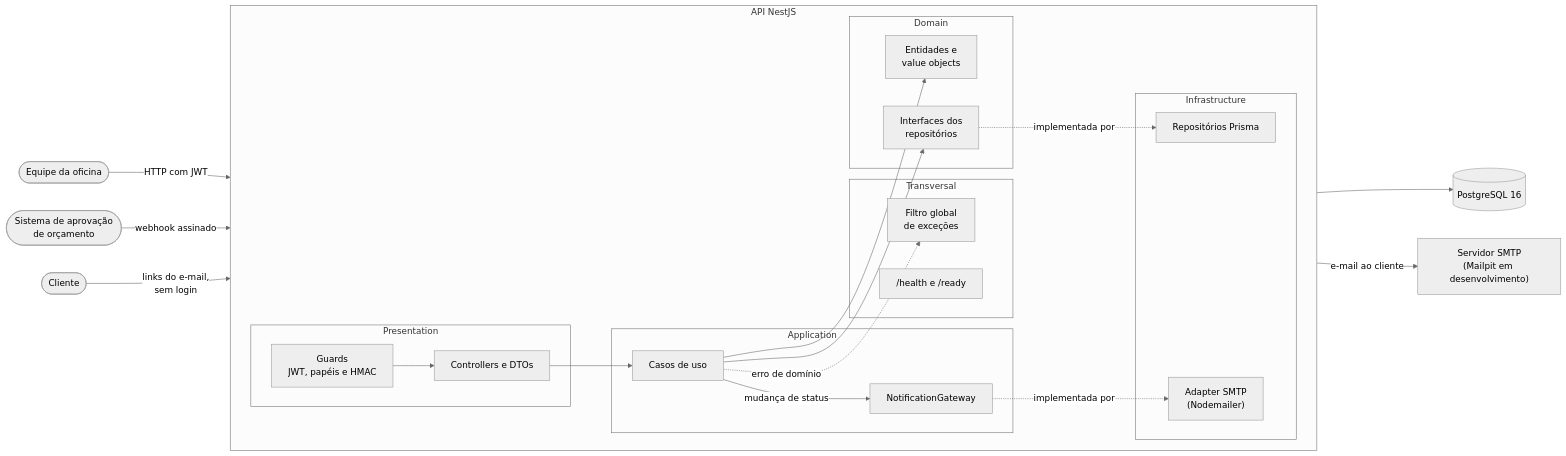
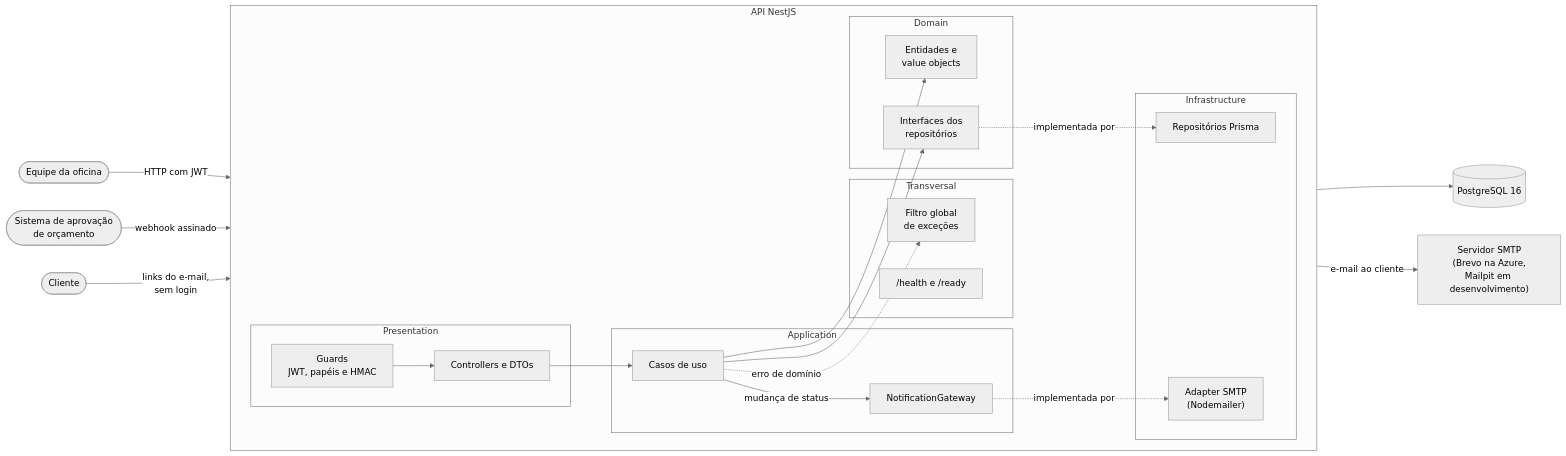
Before and after one commit to garage-flow-api/garage-flow-api: the first of 3 diagrams in README.md, drawn with Mermaid. The commit also changed other lines of this file, not shown here.

Commit message:
docs: ajusta HPA, Load Balancer, Key Vault e SMTP no desenho da infra

````diff
--- a/README.md
+++ b/README.md
@@ -67,48 +67,48 @@
 ```mermaid
 %%{init: {'theme': 'neutral'}}%%
 flowchart LR
     staff(["Equipe da oficina"])
     customer(["Cliente"])
     external(["Sistema de aprovação<br/>de orçamento"])
 
     subgraph api["API NestJS"]
         direction LR
         subgraph common["Transversal"]
             filter["Filtro global<br/>de exceções"]
             monitoring["/health e /ready"]
         end
         subgraph presentation["Presentation"]
             guards["Guards<br/>JWT, papéis e HMAC"]
             ctrl["Controllers e DTOs"]
         end
         subgraph application["Application"]
             uc["Casos de uso"]
             gateway["NotificationGateway"]
         end
         subgraph domain["Domain"]
             model["Entidades e<br/>value objects"]
             ports["Interfaces dos<br/>repositórios"]
         end
         subgraph infrastructure["Infrastructure"]
             repos["Repositórios Prisma"]
             smtp["Adapter SMTP<br/>(Nodemailer)"]
         end
     end
 
     db[("PostgreSQL 16")]
-    mail["Servidor SMTP<br/>(Mailpit em desenvolvimento)"]
+    mail["Servidor SMTP<br/>(Brevo na Azure,<br/>Mailpit em desenvolvimento)"]
 
     staff -- "HTTP com JWT" --> guards
     external -- "webhook assinado" --> guards
     customer -- "links do e-mail,<br/>sem login" --> ctrl
     guards --> ctrl
     ctrl --> uc
     uc --> model
     uc --> ports
     uc -- "mudança de status" --> gateway
     ports -. "implementada por" .-> repos
     gateway -. "implementada por" .-> smtp
     repos --> db
     smtp -- "e-mail ao cliente" --> mail
     uc -. "erro de domínio" .-> filter
 ```
````
